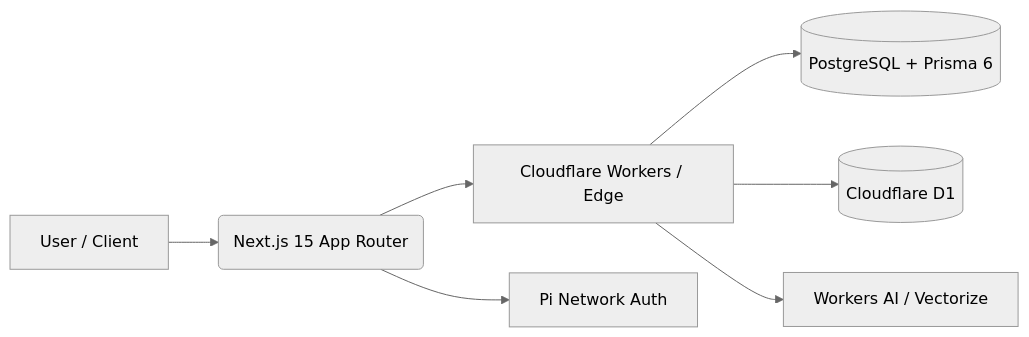
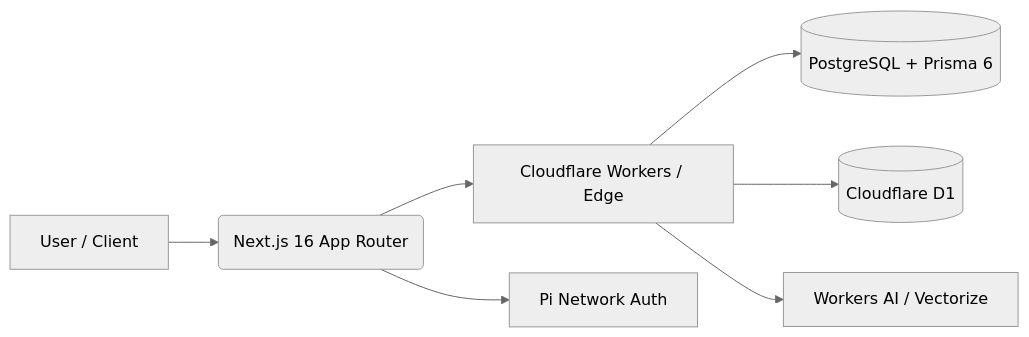
Before and after one commit to pai-list/AxiomID: the second of 2 diagrams in README.md, drawn with Mermaid (neutral theme). The commit also changed other lines of this file, not shown here.

First line of the commit message:
docs: fix README test count, Next.js version, API routes, add SDK packages ۞

````diff
--- a/README.md
+++ b/README.md
@@ -228,9 +235,9 @@
 ```mermaid
 graph LR
-    User[User / Client] --> Frontend(Next.js 15 App Router)
+    User[User / Client] --> Frontend(Next.js 16 App Router)
     Frontend --> Edge[Cloudflare Workers / Edge]
     Frontend --> Auth[Pi Network Auth]
     Edge --> DB[(PostgreSQL + Prisma 6)]
     Edge --> D1[(Cloudflare D1)]
     Edge --> AI[Workers AI / Vectorize]
 ```
````
